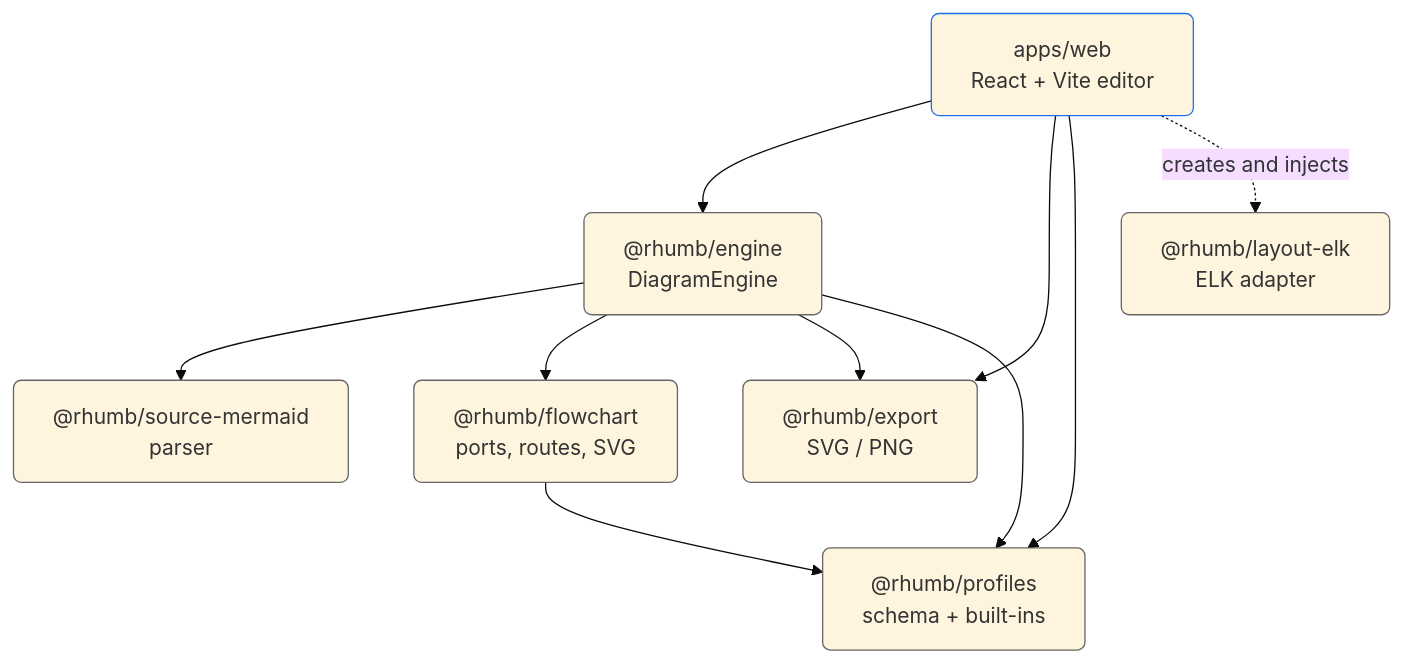
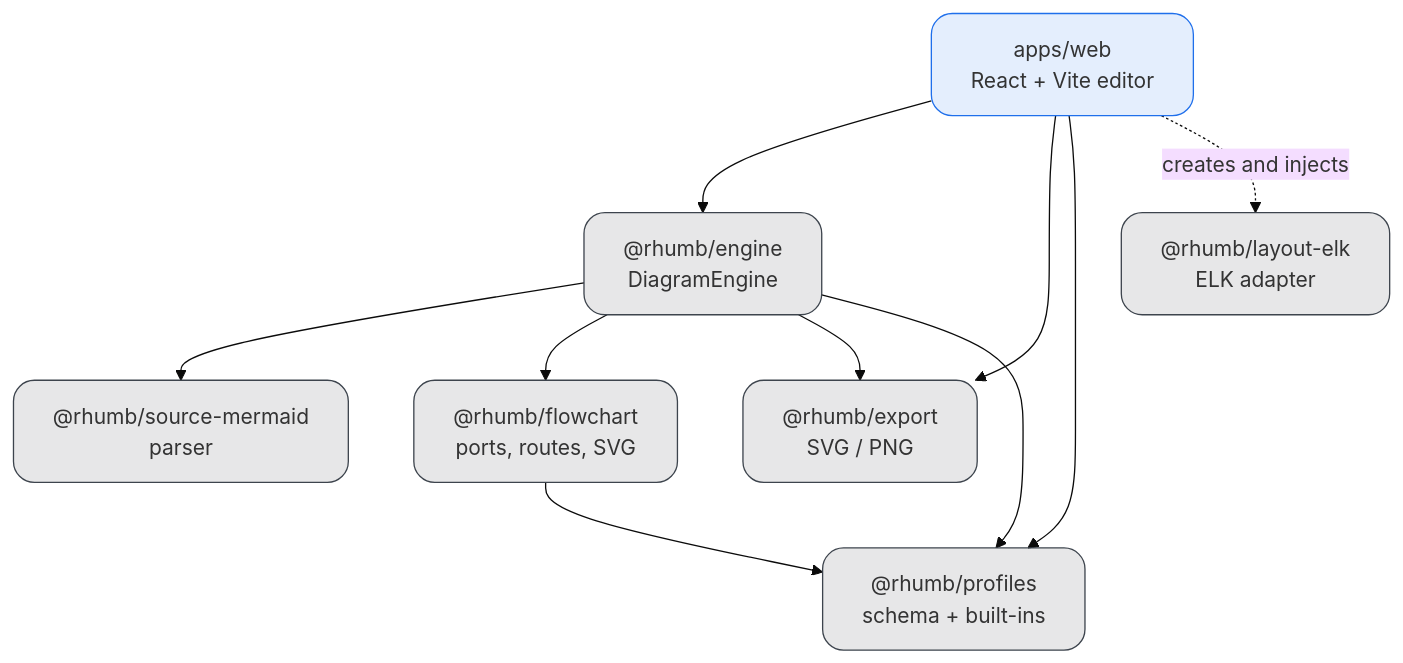
One commit to nykonhrytsyshyn/rhumb changed the fourth of 6 diagrams in README.md. Above: the diagram before and after it, drawn with Mermaid (base theme). The commit also changed other lines of this file and 4 other files, not shown here.

Commit message:
[ci-skip] Update diagram styles in documentation

````diff
--- a/README.md
+++ b/README.md
@@ -443,26 +443,26 @@
 ```mermaid
 flowchart TD
   web["apps/web<br/>React + Vite editor"]
   engine["@rhumb/engine<br/>DiagramEngine"]
   src["@rhumb/source-mermaid<br/>parser"]
   flow["@rhumb/flowchart<br/>ports, routes, SVG"]
   exp["@rhumb/export<br/>SVG / PNG"]
   prof["@rhumb/profiles<br/>schema + built-ins"]
   elk["@rhumb/layout-elk<br/>ELK adapter"]
 
   web    --> engine
   web    --> exp
   web    --> prof
   engine --> src
   engine --> flow
   engine --> exp
   engine --> prof
   flow   --> prof
   web    -.  "creates and injects" .-> elk
 
-  classDef app stroke:#1f6feb, rx:6, ry:6
-  classDef pkg stroke:#666,    rx:6, ry:6
+  classDef pkg filter:none, fill:#39363f1e, stroke:#3d444d, rx:16, ry:16
+  classDef app filter:none, fill:#1f6feb1e, stroke:#1f6feb, rx:16, ry:16
 
   class web app
   class engine,src,flow,exp,prof,elk pkg
 ```
````
